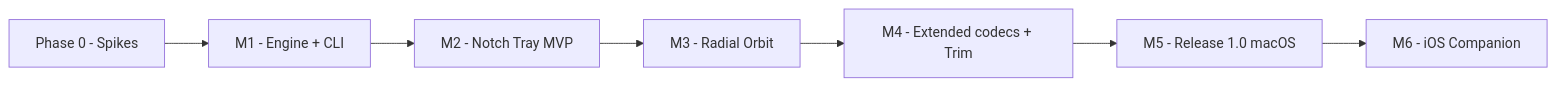
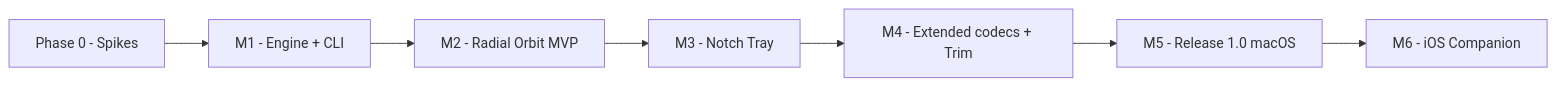
One commit to fury-fish/DropLab changed the diagram in ROADMAP.md. Above: the diagram before and after it, drawn with Mermaid. The commit also changed other lines of this file and 1 other file, not shown here.

Commit message:
docs: prioritize Radial Orbit (M2) before Notch Tray (M3)

````diff
--- a/ROADMAP.md
+++ b/ROADMAP.md
@@ -39,9 +40,9 @@
 ```mermaid
 flowchart LR
     P0["Phase 0 - Spikes"] --> M1["M1 - Engine + CLI"]
-    M1 --> M2["M2 - Notch Tray MVP"]
-    M2 --> M3["M3 - Radial Orbit"]
+    M1 --> M2["M2 - Radial Orbit MVP"]
+    M2 --> M3["M3 - Notch Tray"]
     M3 --> M4["M4 - Extended codecs + Trim"]
     M4 --> M5["M5 - Release 1.0 macOS"]
     M5 --> M6["M6 - iOS Companion"]
 ```
````
